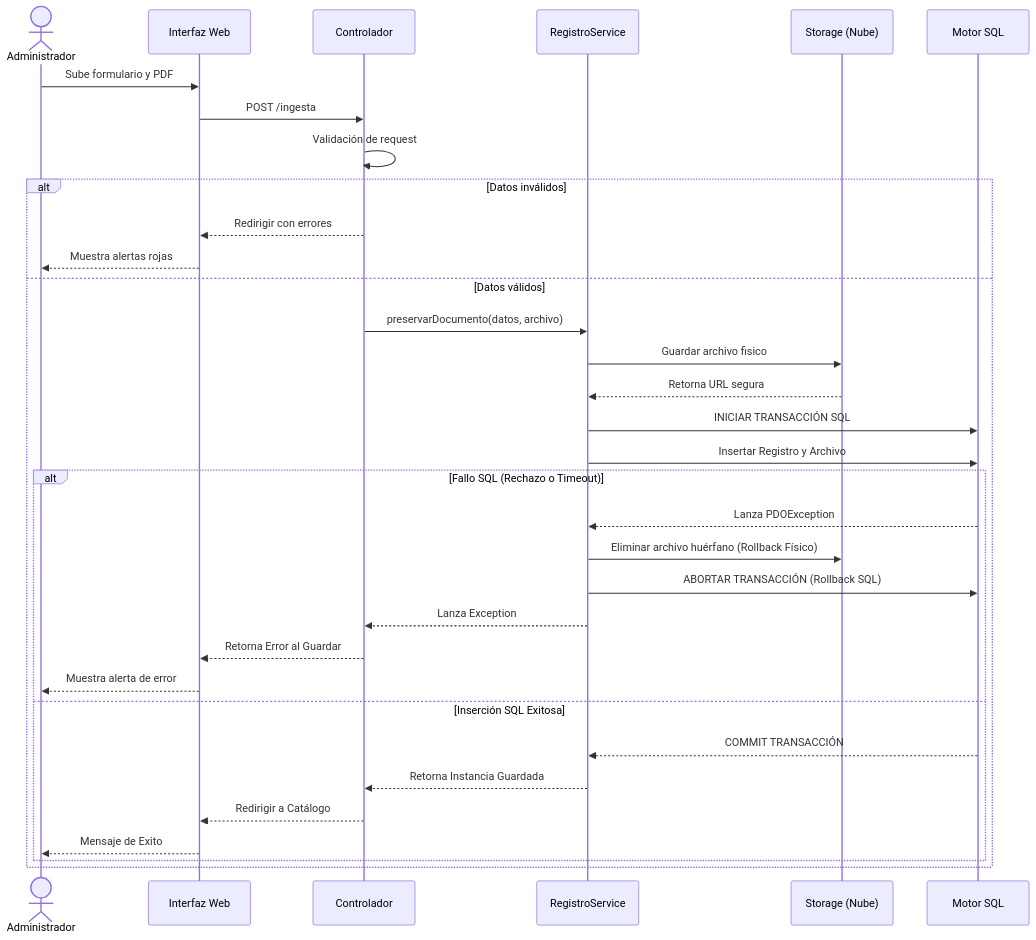
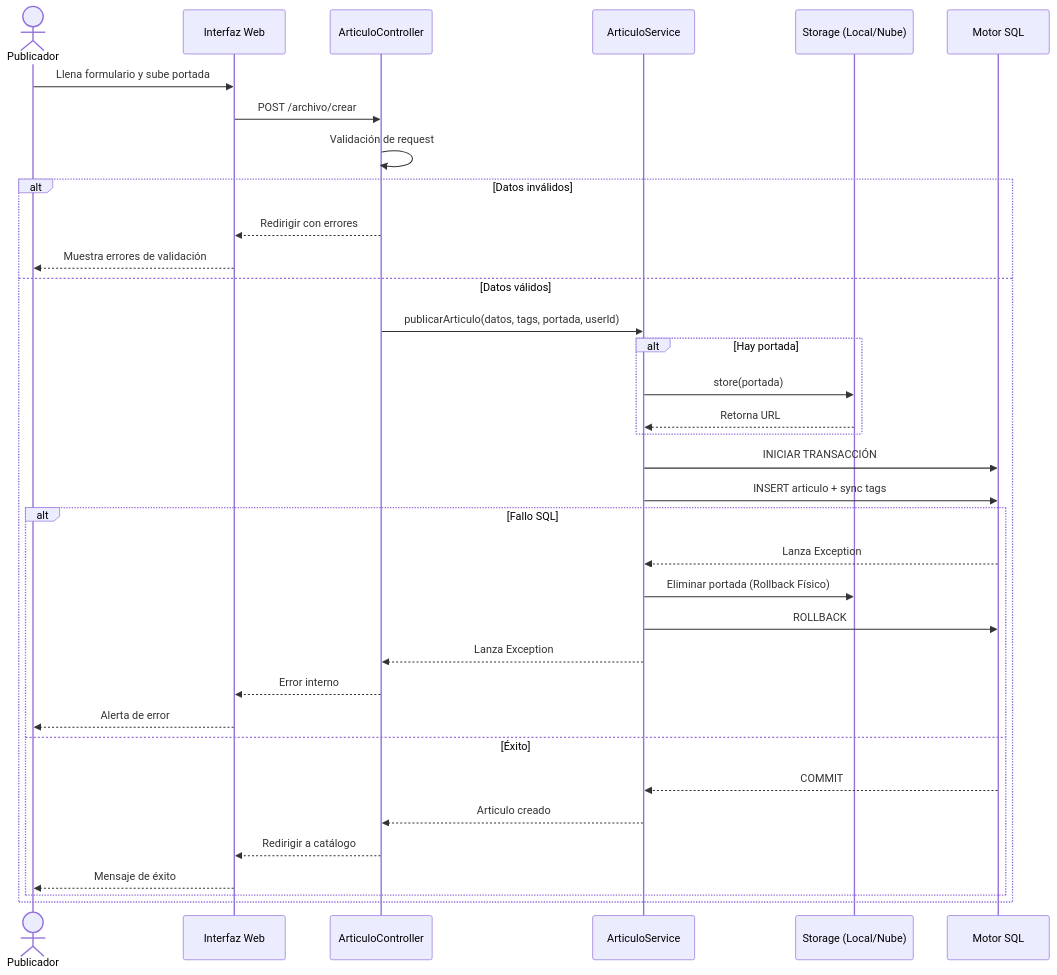
One commit to TheLastSh/SGC-MemoriaCastrense changed the third of 4 diagrams in README.md. Above: the diagram before and after it, drawn with Mermaid. The commit also changed other lines of this file, not shown here.

First line of the commit message:
docs: update all 4 diagrams to reflect current architecture (Tarea #4)

````diff
--- a/README.md
+++ b/README.md
@@ -105,39 +170,42 @@
 ```mermaid
 sequenceDiagram
-    actor Admin as Administrador
+    actor Pub as Publicador
     participant GUI as Interfaz Web
-    participant Ctrl as Controlador
-    participant Service as RegistroService
-    participant S3 as Storage (Nube)
+    participant Ctrl as ArticuloController
+    participant Service as ArticuloService
+    participant Disk as Storage (Local/Nube)
     participant DB as Motor SQL
 
-    Admin->>GUI: Sube formulario y PDF
-    GUI->>Ctrl: POST /ingesta
+    Pub->>GUI: Llena formulario y sube portada
+    GUI->>Ctrl: POST /archivo/crear
     Ctrl->>Ctrl: Validación de request
     
     alt Datos inválidos
         Ctrl-->>GUI: Redirigir con errores
-        GUI-->>Admin: Muestra alertas rojas
+        GUI-->>Pub: Muestra errores de validación
     else Datos válidos
-        Ctrl->>Service: preservarDocumento(datos, archivo)
-        Service->>S3: Guardar archivo fisico
-        S3-->>Service: Retorna URL segura
+        Ctrl->>Service: publicarArticulo(datos, tags, portada, userId)
         
-        Service->>DB: INICIAR TRANSACCIÓN SQL
-        Service->>DB: Insertar Registro y Archivo
+        alt Hay portada
+            Service->>Disk: store(portada)
+            Disk-->>Service: Retorna URL
+        end
         
-        alt Fallo SQL (Rechazo o Timeout)
-            DB-->>Service: Lanza PDOException
-            Service->>S3: Eliminar archivo huérfano (Rollback Físico)
-            Service->>DB: ABORTAR TRANSACCIÓN (Rollback SQL)
+        Service->>DB: INICIAR TRANSACCIÓN
+        Service->>DB: INSERT articulo + sync tags
+        
+        alt Fallo SQL
+            DB-->>Service: Lanza Exception
+            Service->>Disk: Eliminar portada (Rollback Físico)
+            Service->>DB: ROLLBACK
             Service-->>Ctrl: Lanza Exception
-            Ctrl-->>GUI: Retorna Error al Guardar
-            GUI-->>Admin: Muestra alerta de error
-        else Inserción SQL Exitosa
-            DB-->>Service: COMMIT TRANSACCIÓN
-            Service-->>Ctrl: Retorna Instancia Guardada
-            Ctrl-->>GUI: Redirigir a Catálogo
-            GUI-->>Admin: Mensaje de Exito
+            Ctrl-->>GUI: Error interno
+            GUI-->>Pub: Alerta de error
+        else Éxito
+            DB-->>Service: COMMIT
+            Service-->>Ctrl: Articulo creado
+            Ctrl-->>GUI: Redirigir a catálogo
+            GUI-->>Pub: Mensaje de éxito
         end
     end
 ```
````
